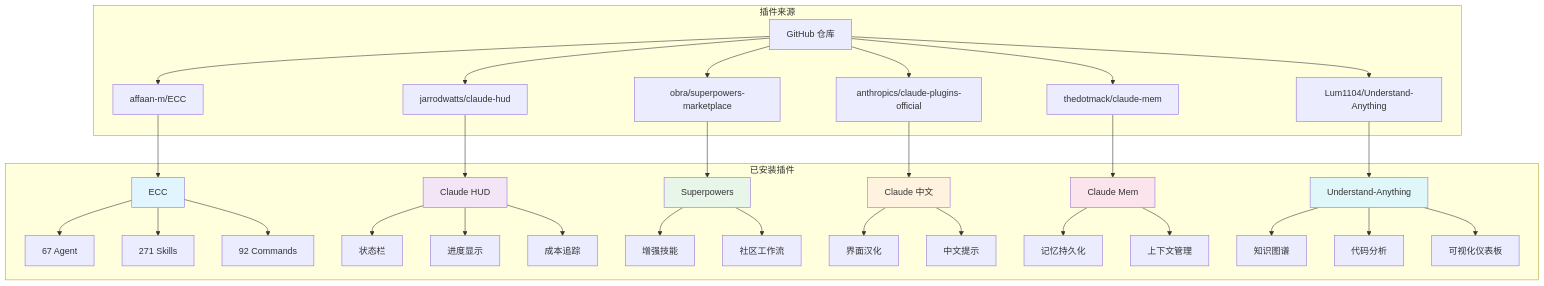
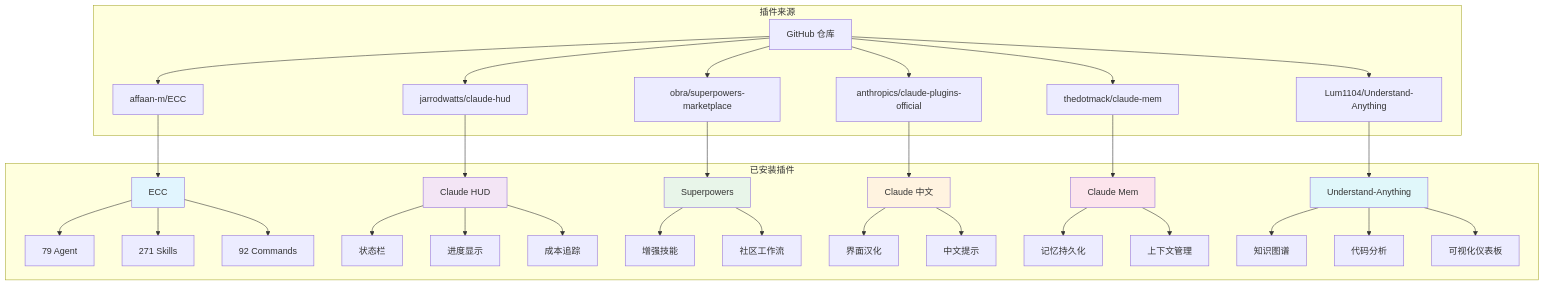
One commit to shuai-yemao/shuai-yemao-chip changed the fifth of 9 diagrams in README.md. Above: the diagram before and after it, drawn with Mermaid. The commit also changed other lines of this file and 82 other files, not shown here.

````diff
--- a/README.md
+++ b/README.md
@@ -163,49 +163,49 @@
 ```mermaid
 graph TB
     subgraph "已安装插件"
-        A[ECC] --> A1[67 Agent]
+        A[ECC] --> A1[79 Agent]
         A --> A2[271 Skills]
         A --> A3[92 Commands]
 
         B[Claude HUD] --> B1[状态栏]
         B --> B2[进度显示]
         B --> B3[成本追踪]
 
         C[Superpowers] --> C1[增强技能]
         C --> C2[社区工作流]
 
         D[Claude 中文] --> D1[界面汉化]
         D --> D2[中文提示]
 
         E[Claude Mem] --> E1[记忆持久化]
         E --> E2[上下文管理]
 
         F[Understand-Anything] --> F1[知识图谱]
         F --> F2[代码分析]
         F --> F3[可视化仪表板]
     end
 
     subgraph "插件来源"
         G[GitHub 仓库]
         G --> H[affaan-m/ECC]
         G --> I[jarrodwatts/claude-hud]
         G --> J[obra/superpowers-marketplace]
         G --> K[anthropics/claude-plugins-official]
         G --> L[thedotmack/claude-mem]
         G --> M[Lum1104/Understand-Anything]
     end
 
     H --> A
     I --> B
     J --> C
     K --> D
     L --> E
     M --> F
 
     style A fill:#e1f5fe
     style B fill:#f3e5f5
     style C fill:#e8f5e9
     style D fill:#fff3e0
     style E fill:#fce4ec
     style F fill:#e0f7fa
 ```
````
